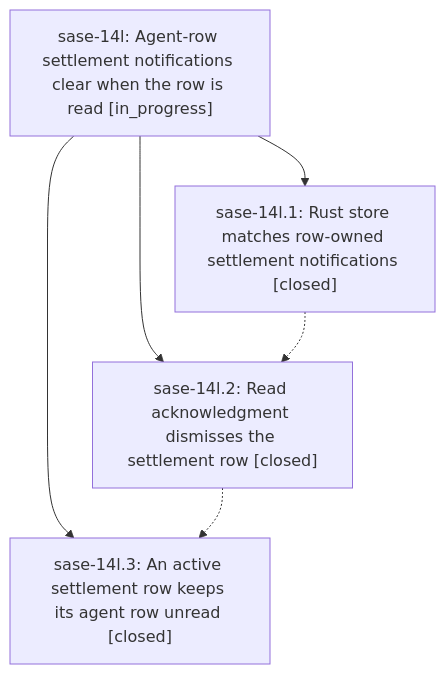
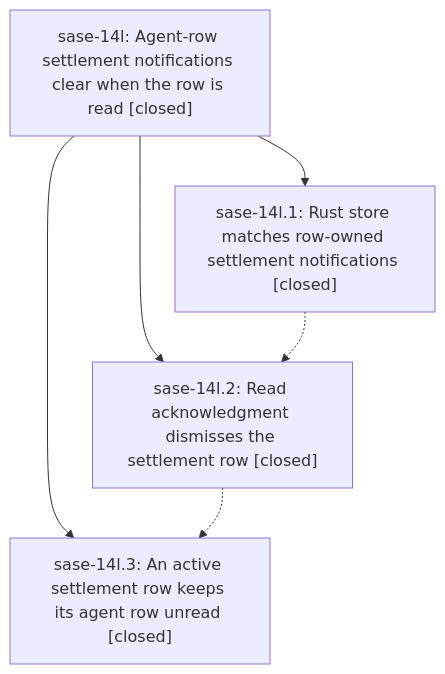
Before and after one commit to sase-org/sase--beads: the diagram in pages/sase-14l/README.md, drawn with Mermaid. The commit also changed other lines of this file, not shown here.

First line of the commit message:
chore(beads): sync bead state and pages for sase-14l

````diff
--- a/pages/sase-14l/README.md
+++ b/pages/sase-14l/README.md
@@ -36,12 +128,12 @@
 ```mermaid
 flowchart TD
-    n0["sase-14l: Agent-row settlement notifications clear when the row is read [in_progress]"]
+    n0["sase-14l: Agent-row settlement notifications clear when the row is read [closed]"]
     n1["sase-14l.1: Rust store matches row-owned settlement notifications [closed]"]
     n2["sase-14l.2: Read acknowledgment dismisses the settlement row [closed]"]
     n3["sase-14l.3: An active settlement row keeps its agent row unread [closed]"]
     n0 --> n1
     n0 --> n2
     n0 --> n3
     n1 -.-> n2
     n2 -.-> n3
 ```
````
